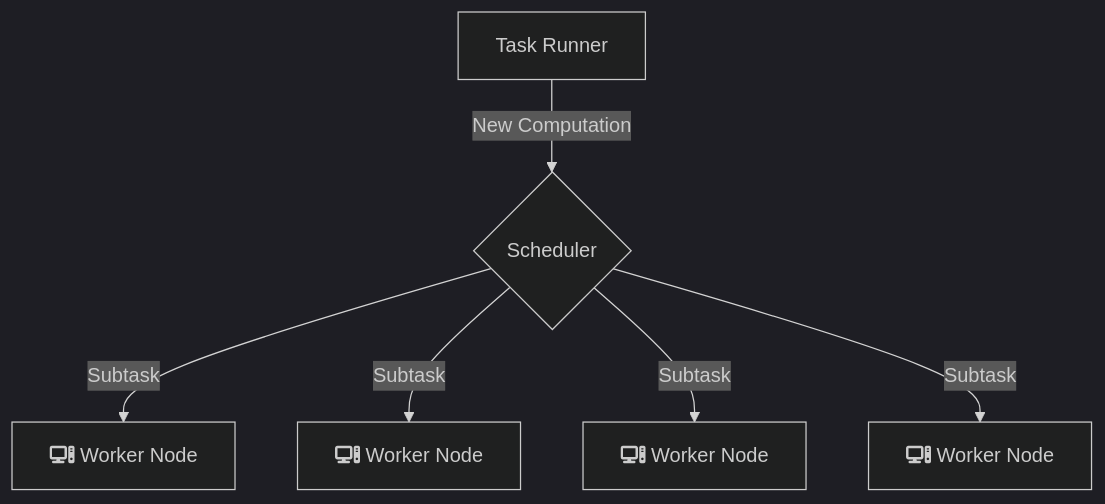
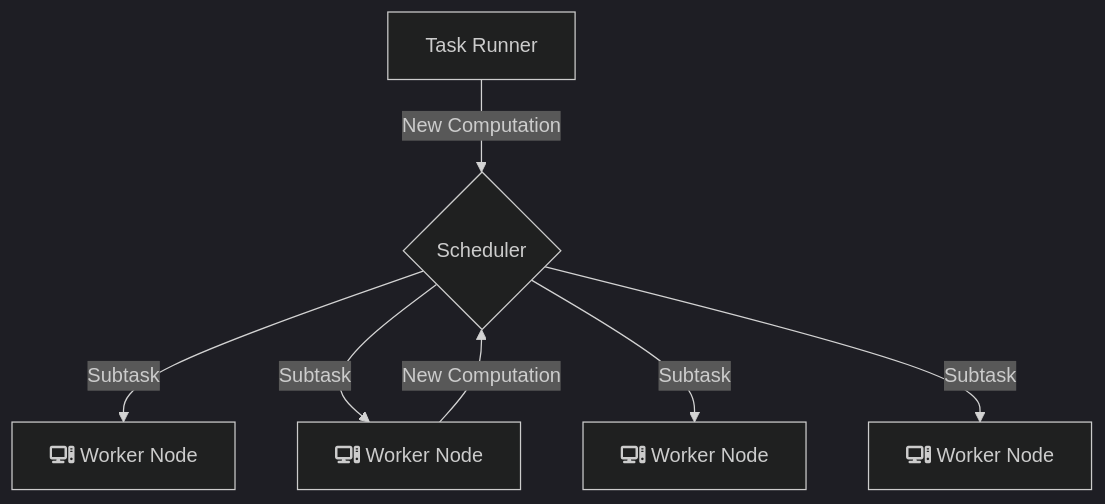
One commit to zhuweiji/A-Basic-Autoscaling-Cloud changed the diagram in README.md. Above: the diagram before and after it, drawn with Mermaid (dark theme).

````diff
--- a/README.md
+++ b/README.md
@@ -10,8 +10,9 @@
 ```mermaid
 flowchart TD
     A[Task Runner] -->|New Computation| C{Scheduler}
+    E[Task Runner] -->|New Computation| C
     C -->|Subtask| D[fa:fa-computer Worker Node]
     C -->|Subtask| E[fa:fa-computer Worker Node]
     C -->|Subtask| F[fa:fa-computer Worker Node]
     C -->|Subtask| G[fa:fa-computer Worker Node]
 ```
````
